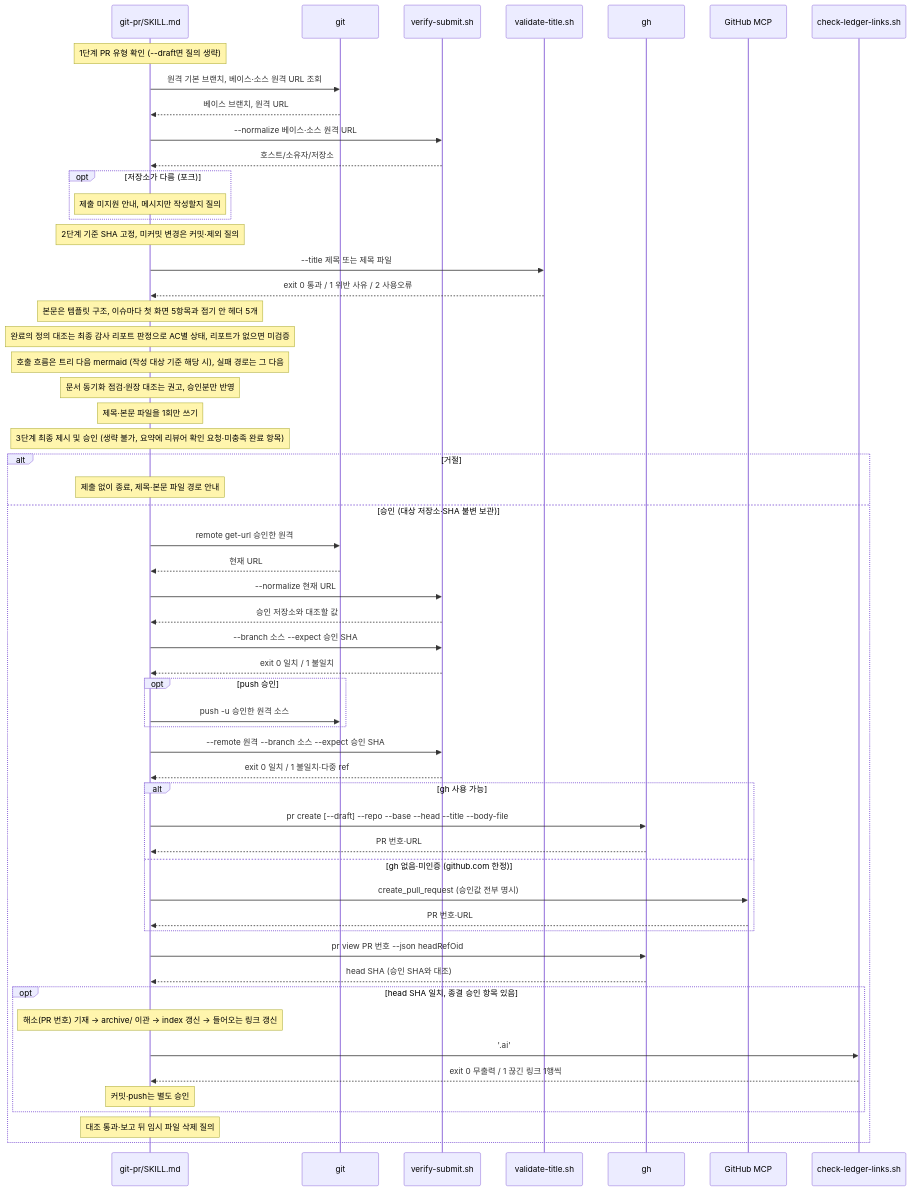
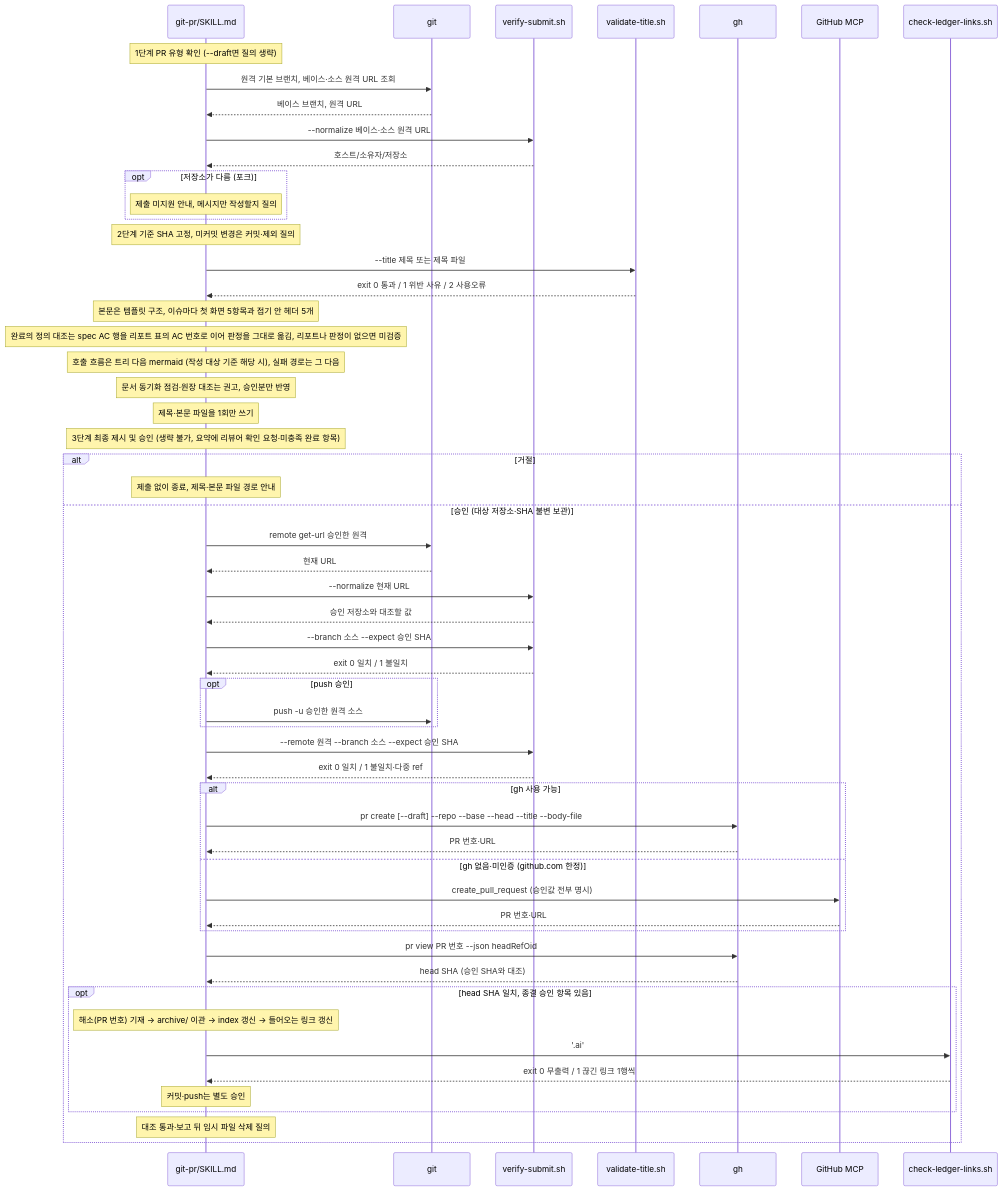
One commit to scroogy-dev/scroogy-agent-skills changed the diagram in .ai/60_codebase/git-pr/submit-call-flow.md. Above: the diagram before and after it, drawn with Mermaid. The commit also changed other lines of this file and 11 other files, not shown here.

````diff
--- a/.ai/60_codebase/git-pr/submit-call-flow.md
+++ b/.ai/60_codebase/git-pr/submit-call-flow.md
@@ -49,59 +49,59 @@
 ```mermaid
 sequenceDiagram
     participant SK as git-pr/SKILL.md
     participant GIT as git
     participant VS as verify-submit.sh
     participant VT as validate-title.sh
     participant GH as gh
     participant MCP as GitHub MCP
     participant CL as check-ledger-links.sh
 
     Note over SK: 1단계 PR 유형 확인 (--draft면 질의 생략)
     SK->>GIT: 원격 기본 브랜치, 베이스·소스 원격 URL 조회
     GIT-->>SK: 베이스 브랜치, 원격 URL
     SK->>VS: --normalize 베이스·소스 원격 URL
     VS-->>SK: 호스트/소유자/저장소
     opt 저장소가 다름 (포크)
         Note over SK: 제출 미지원 안내, 메시지만 작성할지 질의
     end
     Note over SK: 2단계 기준 SHA 고정, 미커밋 변경은 커밋·제외 질의
     SK->>VT: --title 제목 또는 제목 파일
     VT-->>SK: exit 0 통과 / 1 위반 사유 / 2 사용오류
     Note over SK: 본문은 템플릿 구조, 이슈마다 첫 화면 5항목과 접기 안 헤더 5개
-    Note over SK: 완료의 정의 대조는 최종 감사 리포트 판정으로 AC별 상태, 리포트가 없으면 미검증
+    Note over SK: 완료의 정의 대조는 spec AC 행을 리포트 표의 AC 번호로 이어 판정을 그대로 옮김, 리포트나 판정이 없으면 미검증
     Note over SK: 호출 흐름은 트리 다음 mermaid (작성 대상 기준 해당 시), 실패 경로는 그 다음
     Note over SK: 문서 동기화 점검·원장 대조는 권고, 승인분만 반영
     Note over SK: 제목·본문 파일을 1회만 쓰기
     Note over SK: 3단계 최종 제시 및 승인 (생략 불가, 요약에 리뷰어 확인 요청·미충족 완료 항목)
     alt 거절
         Note over SK: 제출 없이 종료, 제목·본문 파일 경로 안내
     else 승인 (대상 저장소·SHA 불변 보관)
         SK->>GIT: remote get-url 승인한 원격
         GIT-->>SK: 현재 URL
         SK->>VS: --normalize 현재 URL
         VS-->>SK: 승인 저장소와 대조할 값
         SK->>VS: --branch 소스 --expect 승인 SHA
         VS-->>SK: exit 0 일치 / 1 불일치
         opt push 승인
             SK->>GIT: push -u 승인한 원격 소스
         end
         SK->>VS: --remote 원격 --branch 소스 --expect 승인 SHA
         VS-->>SK: exit 0 일치 / 1 불일치·다중 ref
         alt gh 사용 가능
             SK->>GH: pr create [--draft] --repo --base --head --title --body-file
             GH-->>SK: PR 번호·URL
         else gh 없음·미인증 (github.com 한정)
             SK->>MCP: create_pull_request (승인값 전부 명시)
             MCP-->>SK: PR 번호·URL
         end
         SK->>GH: pr view PR 번호 --json headRefOid
         GH-->>SK: head SHA (승인 SHA와 대조)
         opt head SHA 일치, 종결 승인 항목 있음
             Note over SK: 해소(PR 번호) 기재 → archive/ 이관 → index 갱신 → 들어오는 링크 갱신
             SK->>CL: '.ai'
             CL-->>SK: exit 0 무출력 / 1 끊긴 링크 1행씩
             Note over SK: 커밋·push는 별도 승인
         end
         Note over SK: 대조 통과·보고 뒤 임시 파일 삭제 질의
     end
 ```
````
